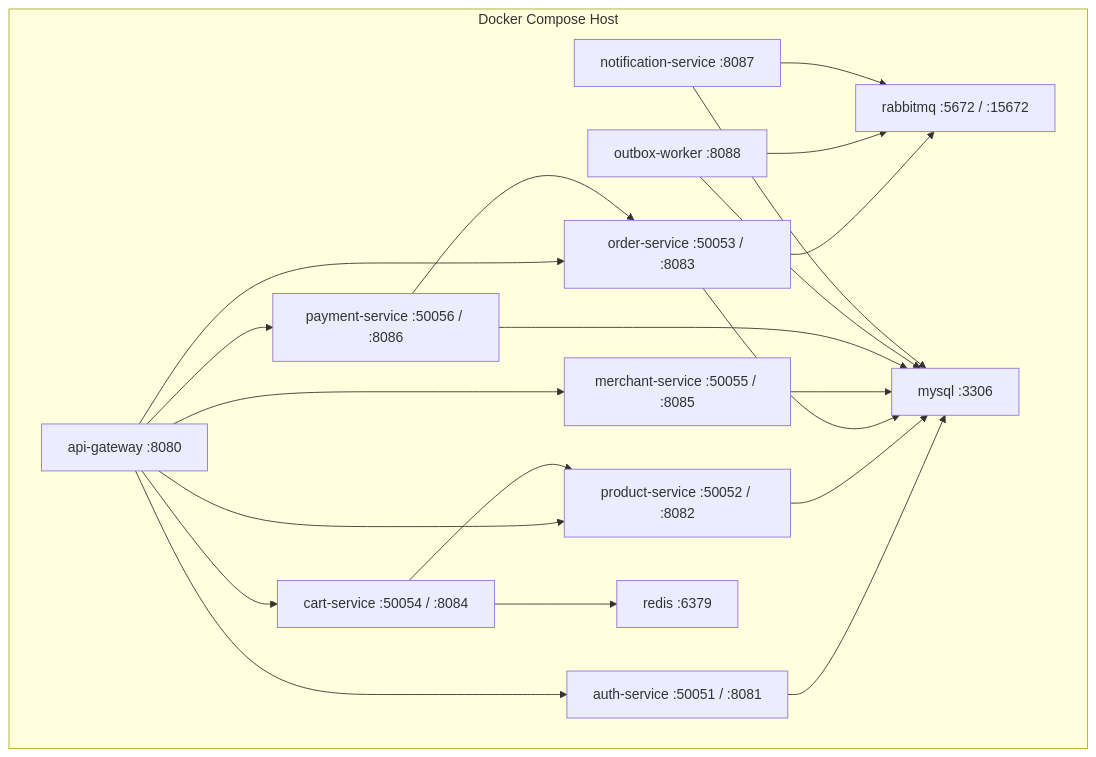
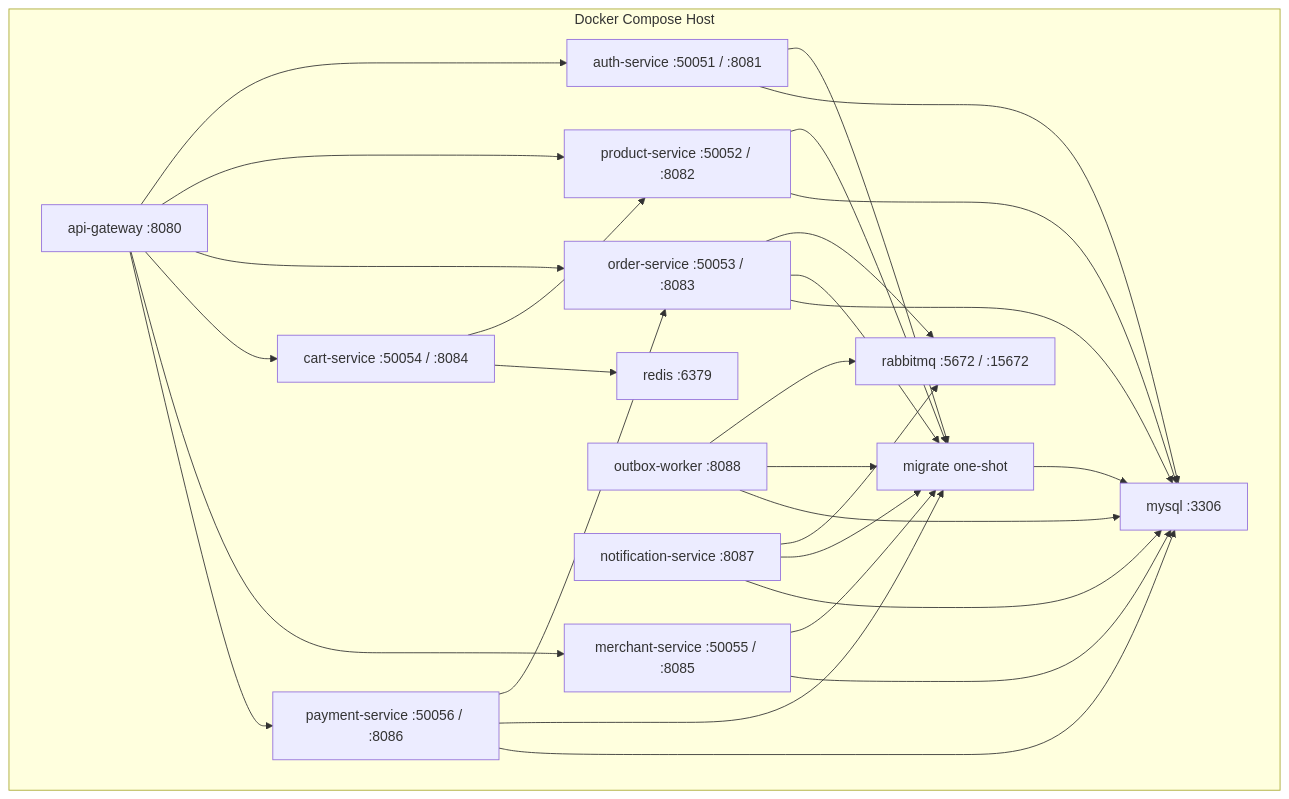
Before and after one commit to SymphonyW/Go-Commerce: the seventh of 7 diagrams in docs/TECHNICAL_DOCUMENT.md, drawn with Mermaid. The commit also changed other lines of this file and 27 other files, not shown here.

````diff
--- a/docs/TECHNICAL_DOCUMENT.md
+++ b/docs/TECHNICAL_DOCUMENT.md
@@ -467,37 +482,46 @@
 ```mermaid
 flowchart TB
     subgraph Host["Docker Compose Host"]
         GW["api-gateway :8080"]
         AUTH["auth-service :50051 / :8081"]
         PRODUCT["product-service :50052 / :8082"]
         ORDER["order-service :50053 / :8083"]
         CART["cart-service :50054 / :8084"]
         MERCHANT["merchant-service :50055 / :8085"]
         PAYMENT["payment-service :50056 / :8086"]
         NOTIFY["notification-service :8087"]
         OUTBOX["outbox-worker :8088"]
+        MIGRATE["migrate one-shot"]
         MYSQL["mysql :3306"]
         REDIS["redis :6379"]
         RABBIT["rabbitmq :5672 / :15672"]
     end
 
     GW --> AUTH
     GW --> PRODUCT
     GW --> ORDER
     GW --> CART
     GW --> MERCHANT
     GW --> PAYMENT
     CART --> PRODUCT
     PAYMENT --> ORDER
     ORDER --> RABBIT
     OUTBOX --> RABBIT
     NOTIFY --> RABBIT
+    MIGRATE --> MYSQL
+    AUTH --> MIGRATE
+    PRODUCT --> MIGRATE
+    ORDER --> MIGRATE
+    MERCHANT --> MIGRATE
+    PAYMENT --> MIGRATE
+    OUTBOX --> MIGRATE
+    NOTIFY --> MIGRATE
     AUTH --> MYSQL
     PRODUCT --> MYSQL
     ORDER --> MYSQL
     MERCHANT --> MYSQL
     PAYMENT --> MYSQL
     OUTBOX --> MYSQL
     NOTIFY --> MYSQL
     CART --> REDIS
 ```
````
